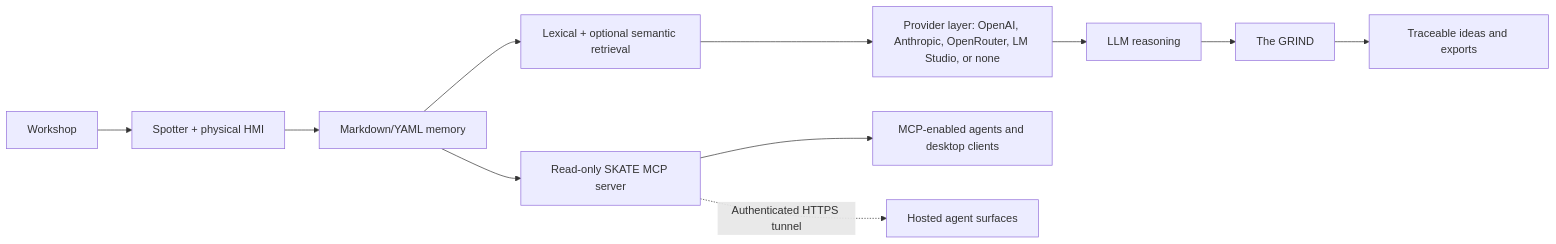
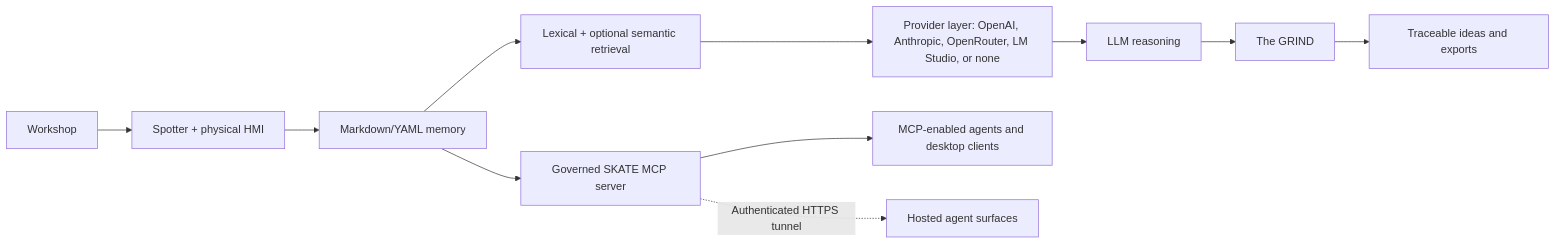
The second of 4 diagrams in README.md (SixSigmaEngineer/skate-workshop-os), drawn with Mermaid before and after one commit. The commit also changed other lines of this file and 4 other files, not shown here.

First line of the commit message:
Add get_lineup and governed write tools (add_note, create_session) to MCP

````diff
--- a/README.md
+++ b/README.md
@@ -120,13 +121,13 @@
 ```mermaid
 flowchart LR
     W["Workshop"] --> S["Spotter + physical HMI"]
     S --> M["Markdown/YAML memory"]
     M --> R["Lexical + optional semantic retrieval"]
     R --> O["Provider layer: OpenAI, Anthropic, OpenRouter, LM Studio, or none"]
     O --> G["LLM reasoning"]
     G --> D["The GRIND"]
     D --> X["Traceable ideas and exports"]
-    M --> P["Read-only SKATE MCP server"]
+    M --> P["Governed SKATE MCP server"]
     P --> C["MCP-enabled agents and desktop clients"]
     P -. "Authenticated HTTPS tunnel" .-> H["Hosted agent surfaces"]
 ```
````
